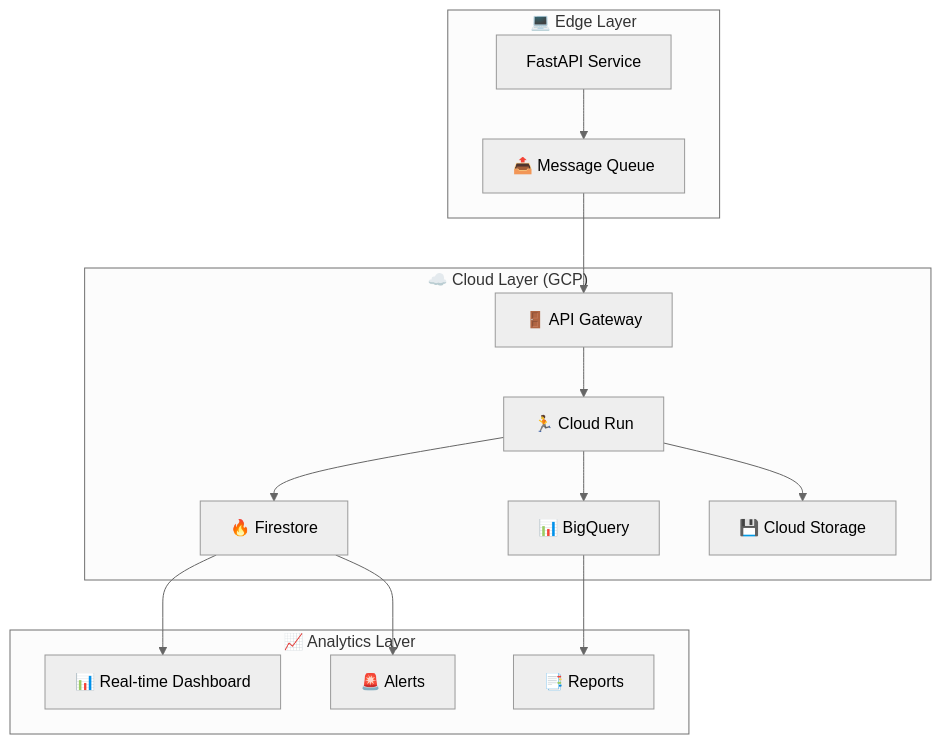
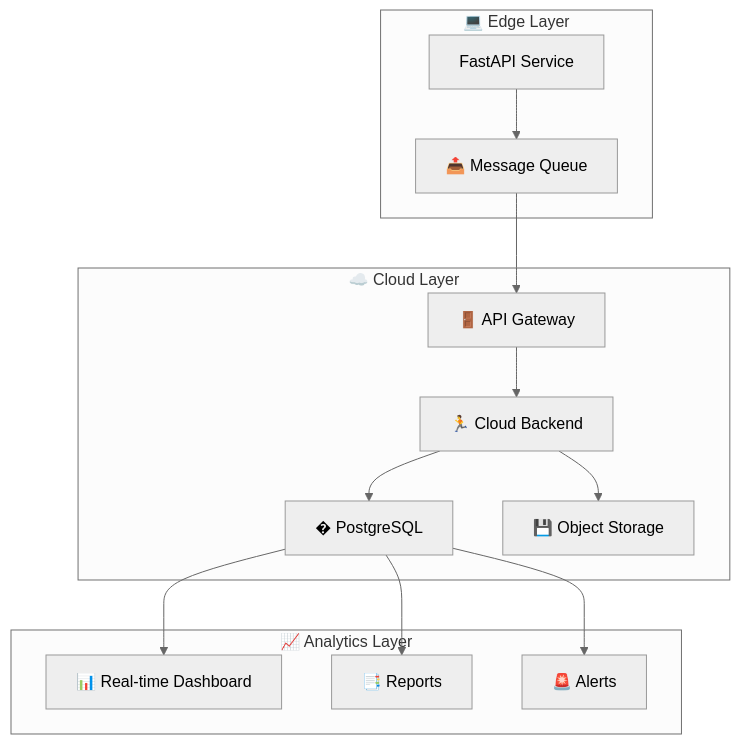
The sixth of 12 diagrams in IMPLEMENTATION_PIPELINE.md (MuksithMRA/VisonTera-AI), drawn with Mermaid (neutral theme) before and after one commit. The commit also changed other lines of this file and 9 other files, not shown here.

````diff
--- a/IMPLEMENTATION_PIPELINE.md
+++ b/IMPLEMENTATION_PIPELINE.md
@@ -216,31 +215,29 @@
 ```mermaid
 flowchart TB
     subgraph EdgeLayer["💻 Edge Layer"]
         EdgeAPI["FastAPI Service"]
         LocalQueue["📤 Message Queue"]
     end
     
-    subgraph CloudLayer["☁️ Cloud Layer (GCP)"]
+    subgraph CloudLayer["☁️ Cloud Layer"]
         Gateway["🚪 API Gateway"]
-        CloudRun["🏃 Cloud Run"]
-        Firestore["🔥 Firestore"]
-        BigQuery["📊 BigQuery"]
-        Storage["💾 Cloud Storage"]
+        Backend["🏃 Cloud Backend"]
+        DB["� PostgreSQL"]
+        Storage["💾 Object Storage"]
     end
     
     subgraph Analytics["📈 Analytics Layer"]
         Dashboard["📊 Real-time Dashboard"]
         Reports["📑 Reports"]
         Alerts["🚨 Alerts"]
     end
     
     EdgeAPI --> LocalQueue
     LocalQueue --> Gateway
-    Gateway --> CloudRun
-    CloudRun --> Firestore
-    CloudRun --> BigQuery
-    CloudRun --> Storage
-    Firestore --> Dashboard
-    BigQuery --> Reports
-    Firestore --> Alerts
+    Gateway --> Backend
+    Backend --> DB
+    Backend --> Storage
+    DB --> Dashboard
+    DB --> Reports
+    DB --> Alerts
 ```
````
